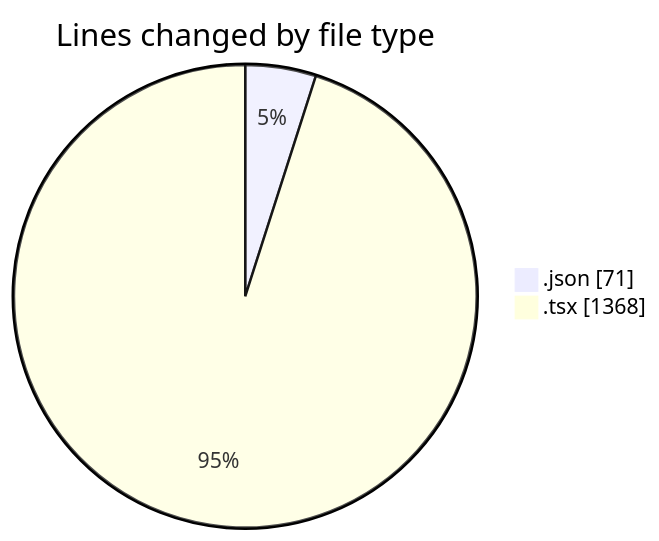
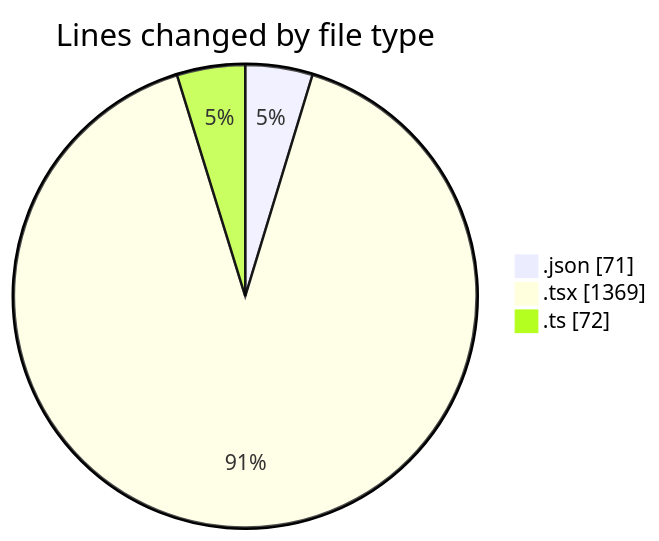
The first of 2 diagrams in 2026-01-29/cda/README.md (momahboobian/code-tracking), drawn with Mermaid before and after one commit. The commit also changed other lines of this file and 1 other file, not shown here.

````diff
--- a/2026-01-29/cda/README.md
+++ b/2026-01-29/cda/README.md
@@ -21,6 +22,7 @@
 ```mermaid
 pie showData
 title Lines changed by file type
 ".json" : 71
-".tsx" : 1368
+".tsx" : 1369
+".ts" : 72
 ```
````
